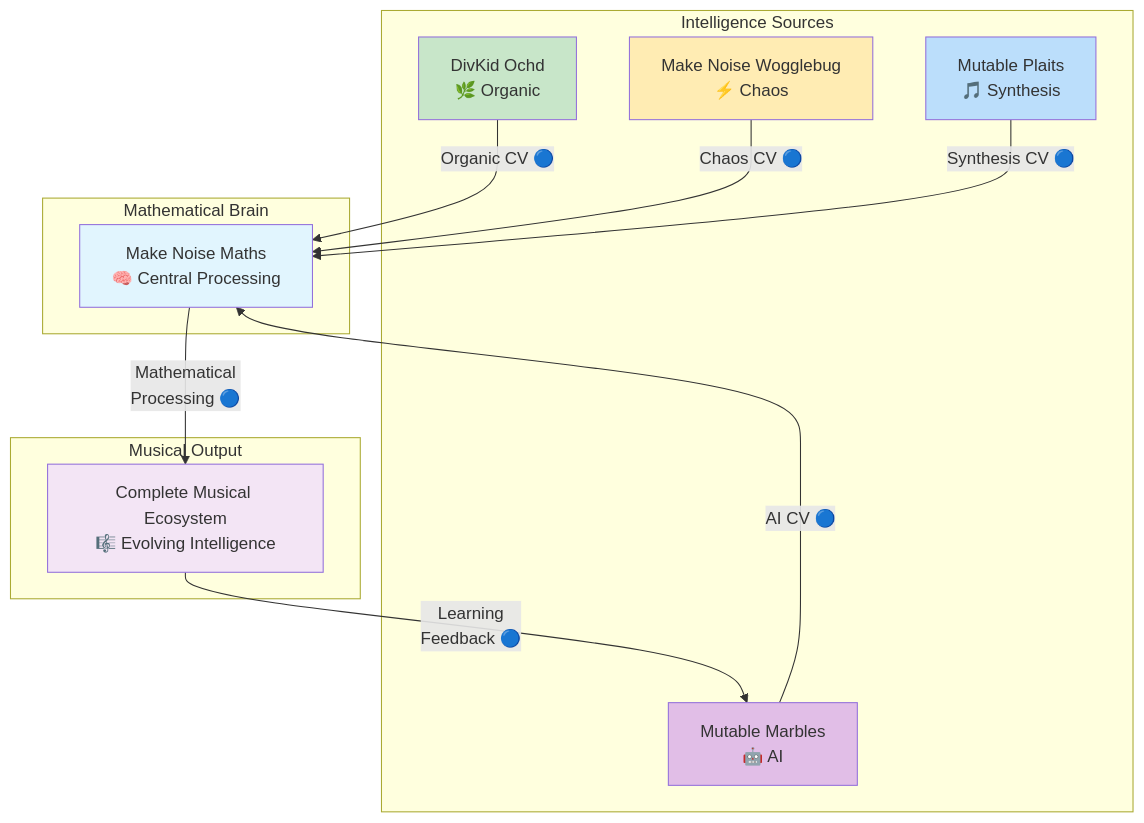
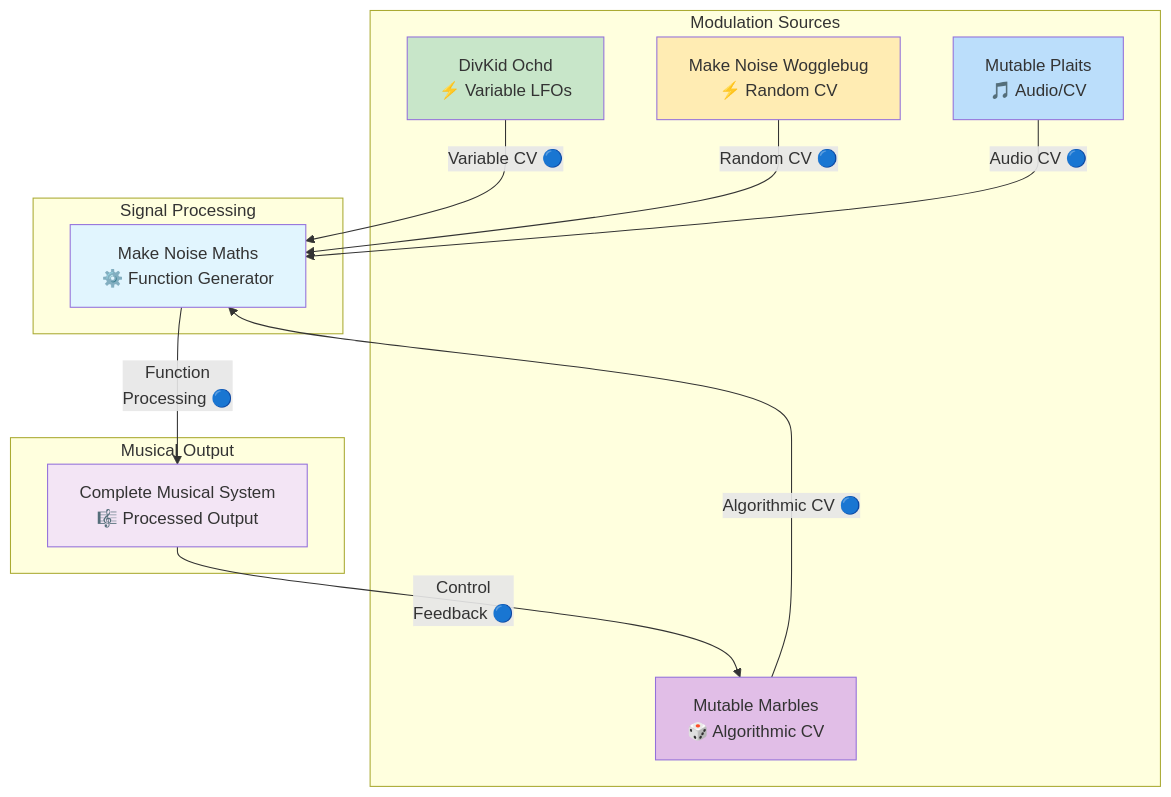
One commit to DGretta/Music changed the fourth of 6 diagrams in modular/make_noise_maths_guide.md. Above: the diagram before and after it, drawn with Mermaid. The commit also changed other lines of this file, not shown here.

Commit message:
Fix biological language violations in Maths guide Mermaid sections - use circuit-based terminology

````diff
--- a/modular/make_noise_maths_guide.md
+++ b/modular/make_noise_maths_guide.md
@@ -375,32 +375,32 @@
 ```mermaid
 graph TB
-    subgraph "Intelligence Sources"
-        OCHD[DivKid Ochd<br/>🌿 Organic]
-        WOG[Make Noise Wogglebug<br/>⚡ Chaos]
-        MARBLES[Mutable Marbles<br/>🤖 AI]
-        PLAITS[Mutable Plaits<br/>🎵 Synthesis]
+    subgraph "Modulation Sources"
+        OCHD[DivKid Ochd<br/>⚡ Variable LFOs]
+        WOG[Make Noise Wogglebug<br/>⚡ Random CV]
+        MARBLES[Mutable Marbles<br/>🎲 Algorithmic CV]
+        PLAITS[Mutable Plaits<br/>🎵 Audio/CV]
     end
     
-    subgraph "Mathematical Brain"
-        MATHS[Make Noise Maths<br/>🧠 Central Processing]
+    subgraph "Signal Processing"
+        MATHS[Make Noise Maths<br/>⚙️ Function Generator]
     end
     
     subgraph "Musical Output"
-        SYSTEM[Complete Musical Ecosystem<br/>🎼 Evolving Intelligence]
+        SYSTEM[Complete Musical System<br/>🎼 Processed Output]
     end
     
-    OCHD -->|Organic CV 🔵| MATHS
-    WOG -->|Chaos CV 🔵| MATHS
-    MARBLES -->|AI CV 🔵| MATHS
-    PLAITS -->|Synthesis CV 🔵| MATHS
+    OCHD -->|Variable CV 🔵| MATHS
+    WOG -->|Random CV 🔵| MATHS
+    MARBLES -->|Algorithmic CV 🔵| MATHS
+    PLAITS -->|Audio CV 🔵| MATHS
     
-    MATHS -->|Mathematical<br/>Processing 🔵| SYSTEM
-    SYSTEM -->|Learning<br/>Feedback 🔵| MARBLES
+    MATHS -->|Function<br/>Processing 🔵| SYSTEM
+    SYSTEM -->|Control<br/>Feedback 🔵| MARBLES
     
     style OCHD fill:#c8e6c9
     style WOG fill:#ffecb3
     style MARBLES fill:#e1bee7
     style PLAITS fill:#bbdefb
     style MATHS fill:#e1f5fe
     style SYSTEM fill:#f3e5f5
 ```
````
